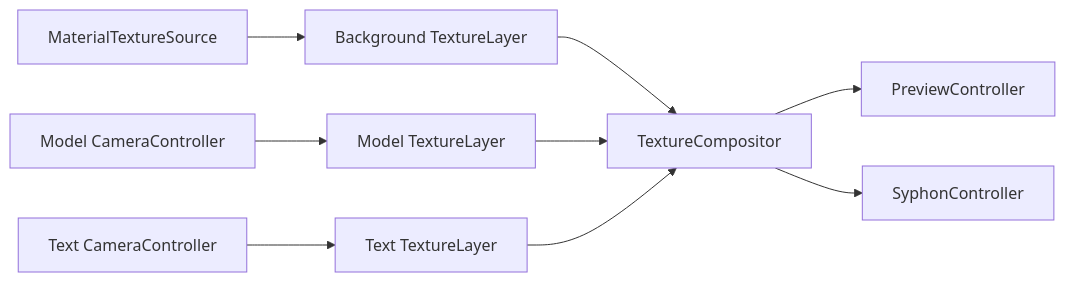
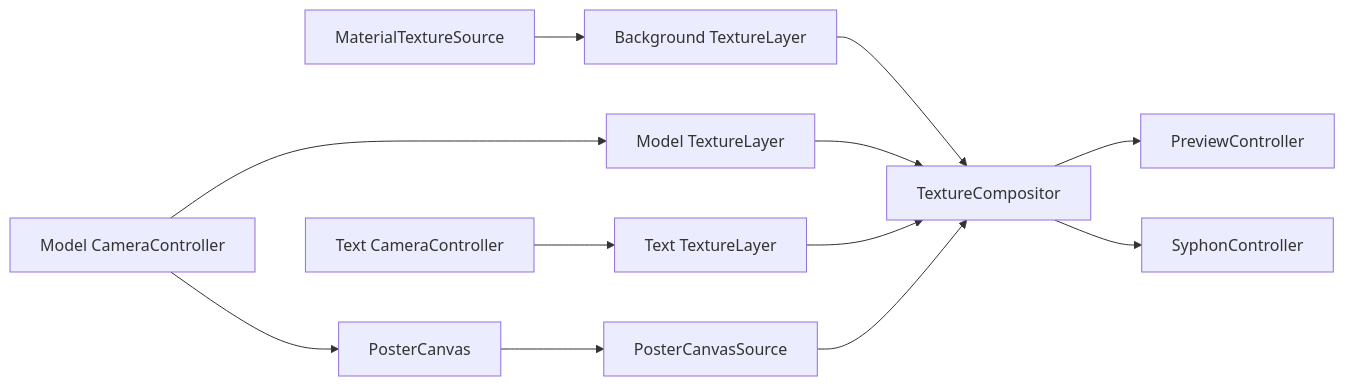
The diagram in Docs/Architecture/RenderingAndText.md (koya-kimura/qoooo), drawn with Mermaid before and after one commit. The commit also changed other lines of this file and 5 other files, not shown here.

````diff
--- a/Docs/Architecture/RenderingAndText.md
+++ b/Docs/Architecture/RenderingAndText.md
@@ -7,11 +7,14 @@
 ```mermaid
 flowchart LR
     BG[MaterialTextureSource] --> BL[Background TextureLayer]
     MC[Model CameraController] --> ML[Model TextureLayer]
     TC[Text CameraController] --> TL[Text TextureLayer]
+    MC --> PC[PosterCanvas]
+    PC --> PS[PosterCanvasSource]
     BL --> COMP[TextureCompositor]
     ML --> COMP
     TL --> COMP
+    PS --> COMP
     COMP --> PREVIEW[PreviewController]
     COMP --> SYPHON[SyphonController]
 ```
````
